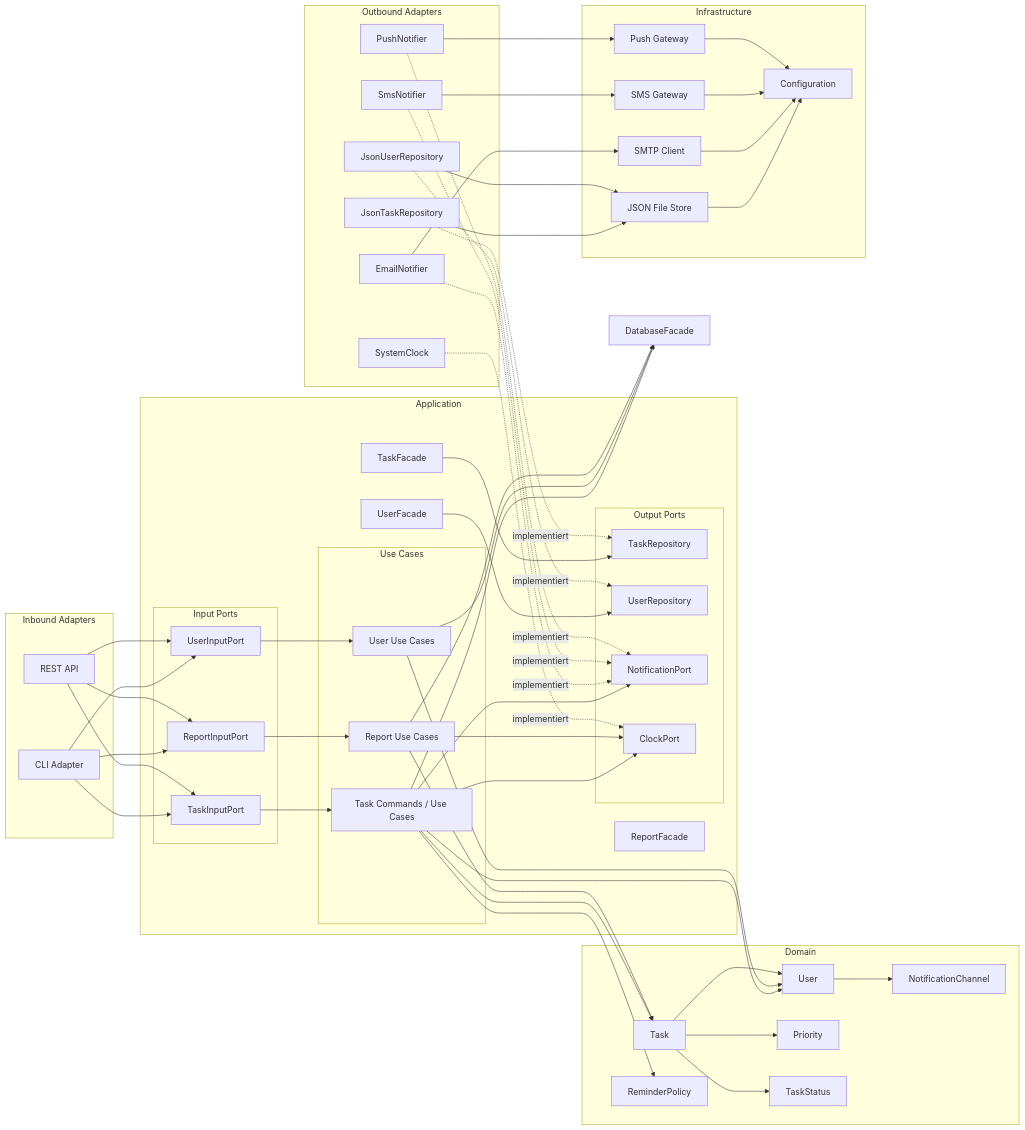
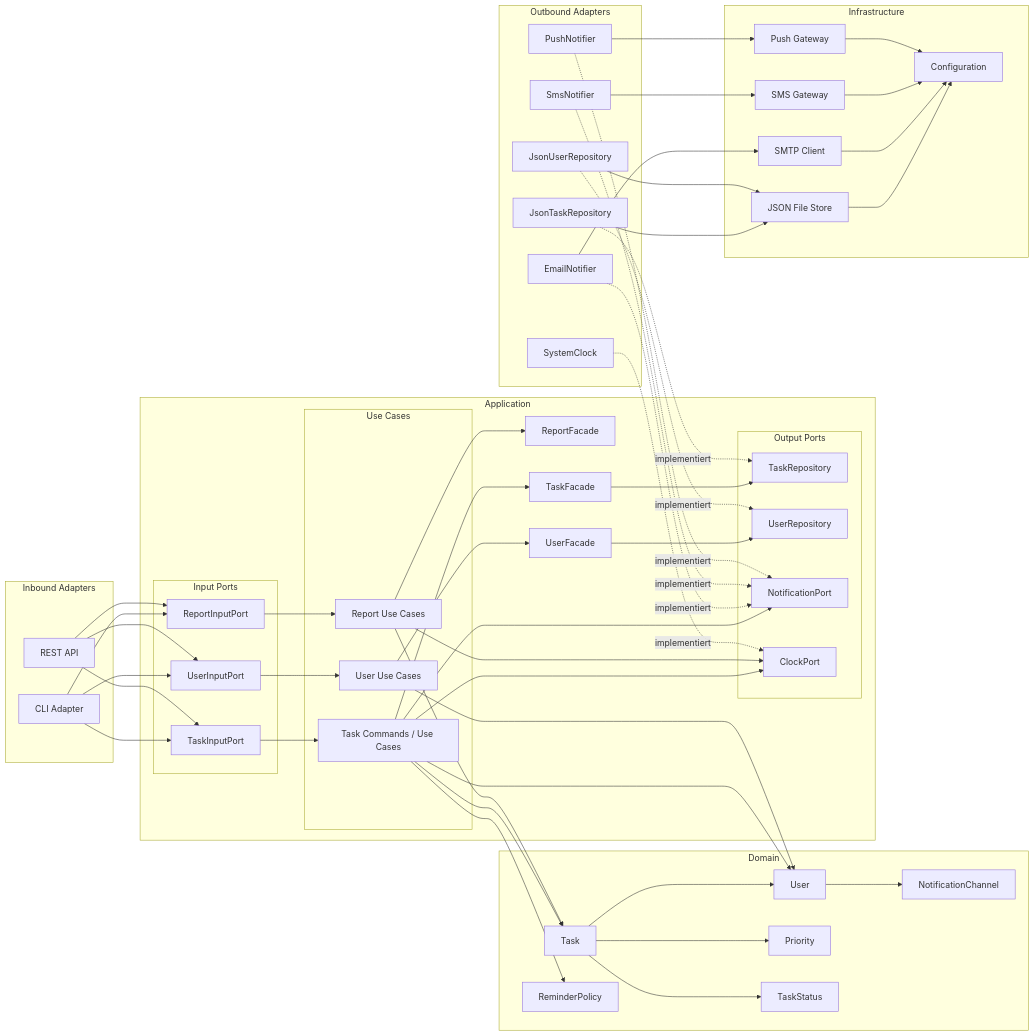
The diagram in arcgitekturmodell v3.md (marvinhamacher/CodeQualerinoFixed), drawn with Mermaid before and after one commit.

Commit message:
Update arcgitekturmodell v3.md

```diff
--- a/arcgitekturmodell v3.md
+++ b/arcgitekturmodell v3.md
@@ -85,9 +85,9 @@
 Task --> User
 User --> NotificationChannel
 
-TaskUC --> DatabaseFacade
-UserUC --> DatabaseFacade
-ReportUC --> DatabaseFacade
+TaskUC --> TaskFacade
+UserUC --> UserFacade
+ReportUC --> ReportFacade
 
 TaskFacade --> TaskRepo
 UserFacade --> UserRepo
```
